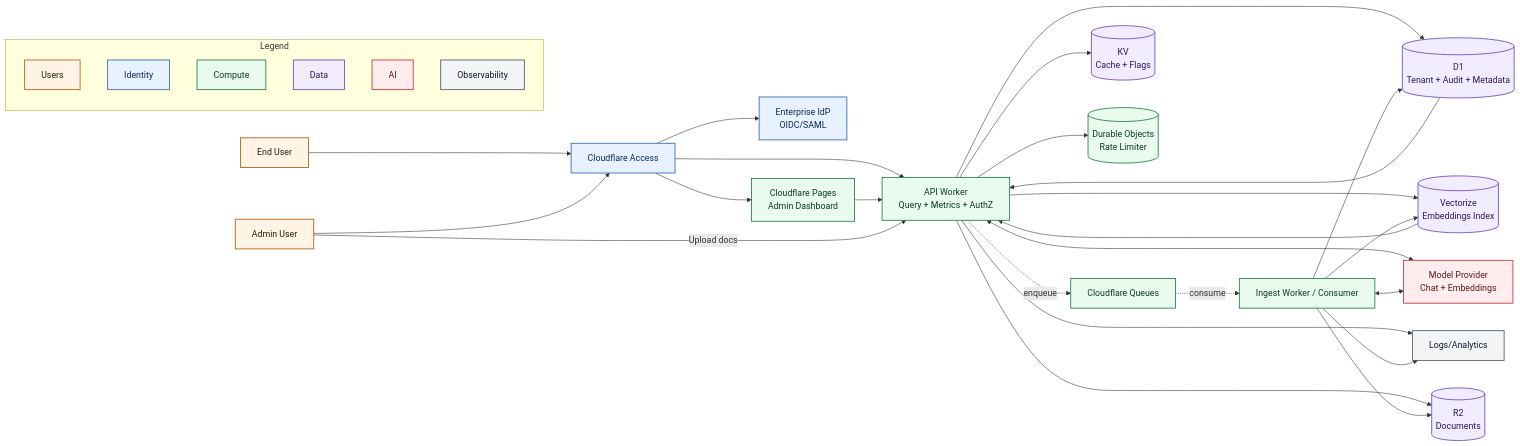
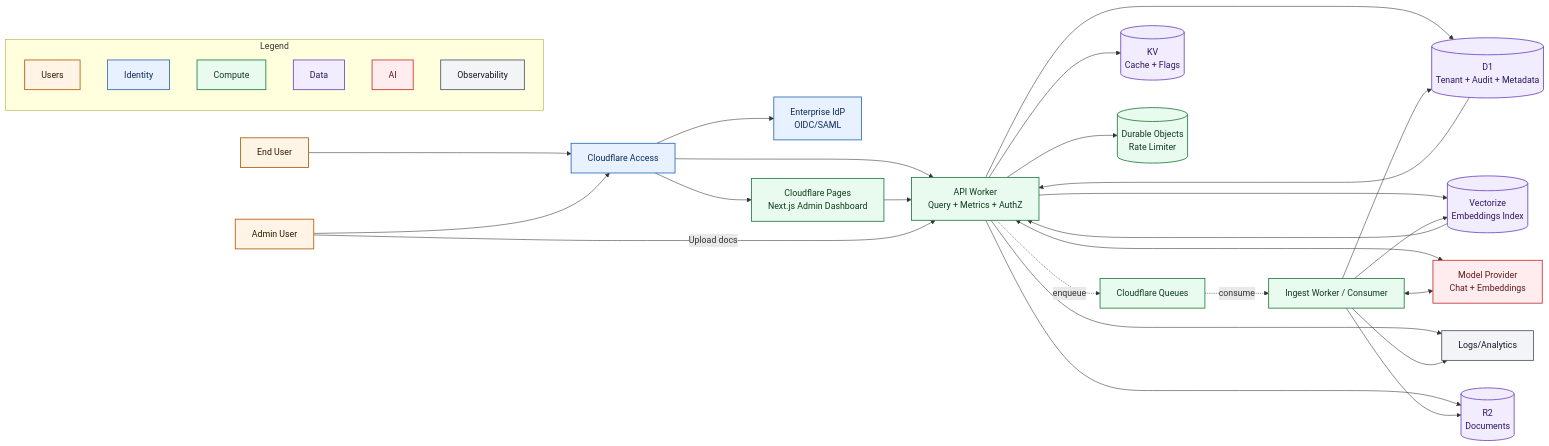
One commit to schradermade/compliance-assistant changed the diagram in docs/architecture.md. Above: the diagram before and after it, drawn with Mermaid. The commit also changed 3 other files, not shown here.

````diff
--- a/docs/architecture.md
+++ b/docs/architecture.md
@@ -16,75 +16,75 @@
 ```mermaid
 flowchart LR
   user[End User]
   admin[Admin User]
   idp[Enterprise IdP<br/>OIDC/SAML]
   access[Cloudflare Access]
-  pages[Cloudflare Pages<br/>Admin Dashboard]
+  pages[Cloudflare Pages<br/>Next.js Admin Dashboard]
   api[API Worker<br/>Query + Metrics + AuthZ]
   queue[Cloudflare Queues]
   ingest[Ingest Worker / Consumer]
   r2[(R2<br/>Documents)]
   vec[(Vectorize<br/>Embeddings Index)]
   d1[(D1<br/>Tenant + Audit + Metadata)]
   kv[(KV<br/>Cache + Flags)]
   do[(Durable Objects<br/>Rate Limiter)]
   llm[Model Provider<br/>Chat + Embeddings]
   logs[Logs/Analytics]
 
   user --> access
   admin --> access
   access --> idp
   access --> pages
   access --> api
 
   pages --> api
 
   api --> do
   api --> kv
   api --> d1
   api --> vec
   api <--> llm
   api --> logs
 
   admin -->|Upload docs| api
   api --> r2
   api -. enqueue .-> queue
   queue -. consume .-> ingest
   ingest --> r2
   ingest <--> llm
   ingest --> vec
   ingest --> d1
   ingest --> logs
 
   vec --> api
   d1 --> api
 
   subgraph legend[Legend]
     l1[Users]
     l2[Identity]
     l3[Compute]
     l4[Data]
     l5[AI]
     l6[Observability]
   end
 
   classDef users fill:#FFF4E5,stroke:#B65A00,stroke-width:1.5px,color:#2D1B00;
   classDef identity fill:#E8F1FF,stroke:#2A66B7,stroke-width:1.5px,color:#0E2A57;
   classDef compute fill:#E9FBEF,stroke:#1F7A3F,stroke-width:1.5px,color:#0D3B1E;
   classDef data fill:#F2ECFF,stroke:#6B46C1,stroke-width:1.5px,color:#2E1760;
   classDef ai fill:#FFECEE,stroke:#C53030,stroke-width:1.5px,color:#5C1A1A;
   classDef ops fill:#F3F4F6,stroke:#4B5563,stroke-width:1.5px,color:#111827;
 
   class user,admin users;
   class idp,access identity;
   class api,pages,ingest,queue,do compute;
   class r2,vec,d1,kv data;
   class llm ai;
   class logs ops;
   class l1 users;
   class l2 identity;
   class l3 compute;
   class l4 data;
   class l5 ai;
   class l6 ops;
 ```
````
